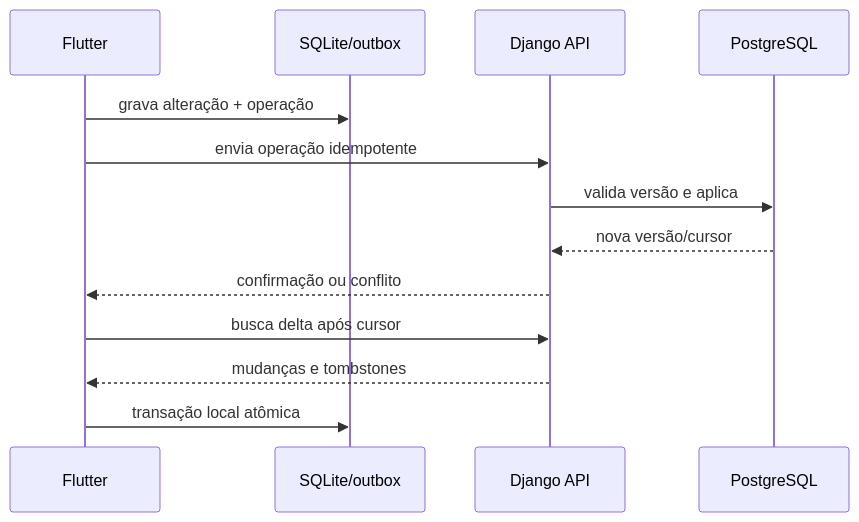
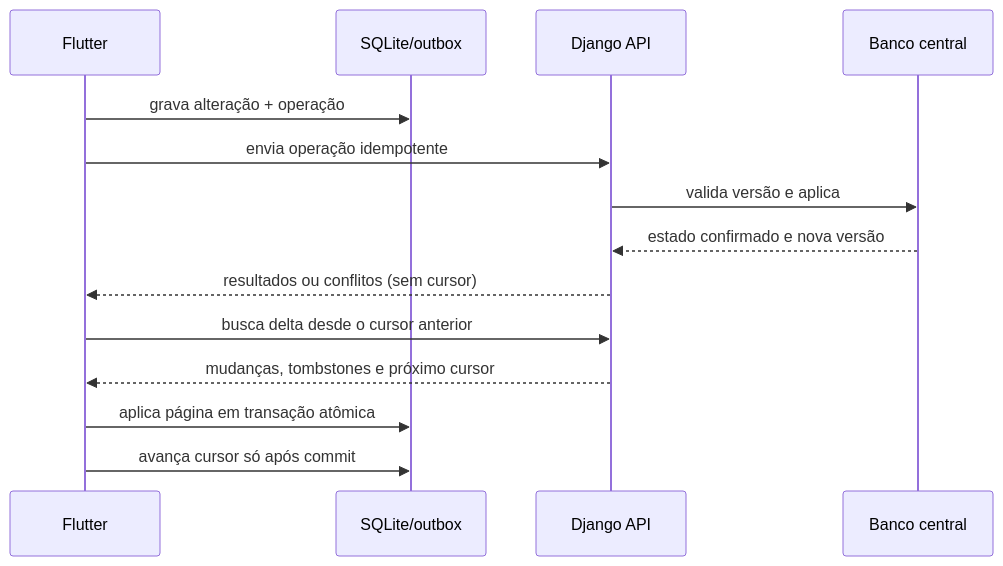
One commit to Ludsonfrancisco/finanpy changed the second of 2 diagrams in docs/imports-and-sync.md. Above: the diagram before and after it, drawn with Mermaid. The commit also changed other lines of this file and 9 other files, not shown here.

````diff
--- a/docs/imports-and-sync.md
+++ b/docs/imports-and-sync.md
@@ -96,15 +100,16 @@
 ```mermaid
 sequenceDiagram
     participant App as Flutter
     participant Local as SQLite/outbox
     participant API as Django API
-    participant DB as PostgreSQL
+    participant DB as Banco central
     App->>Local: grava alteração + operação
     App->>API: envia operação idempotente
     API->>DB: valida versão e aplica
-    DB-->>API: nova versão/cursor
-    API-->>App: confirmação ou conflito
-    App->>API: busca delta após cursor
-    API-->>App: mudanças e tombstones
-    App->>Local: transação local atômica
+    DB-->>API: estado confirmado e nova versão
+    API-->>App: resultados ou conflitos (sem cursor)
+    App->>API: busca delta desde o cursor anterior
+    API-->>App: mudanças, tombstones e próximo cursor
+    App->>Local: aplica página em transação atômica
+    App->>Local: avança cursor só após commit
 ```
````
